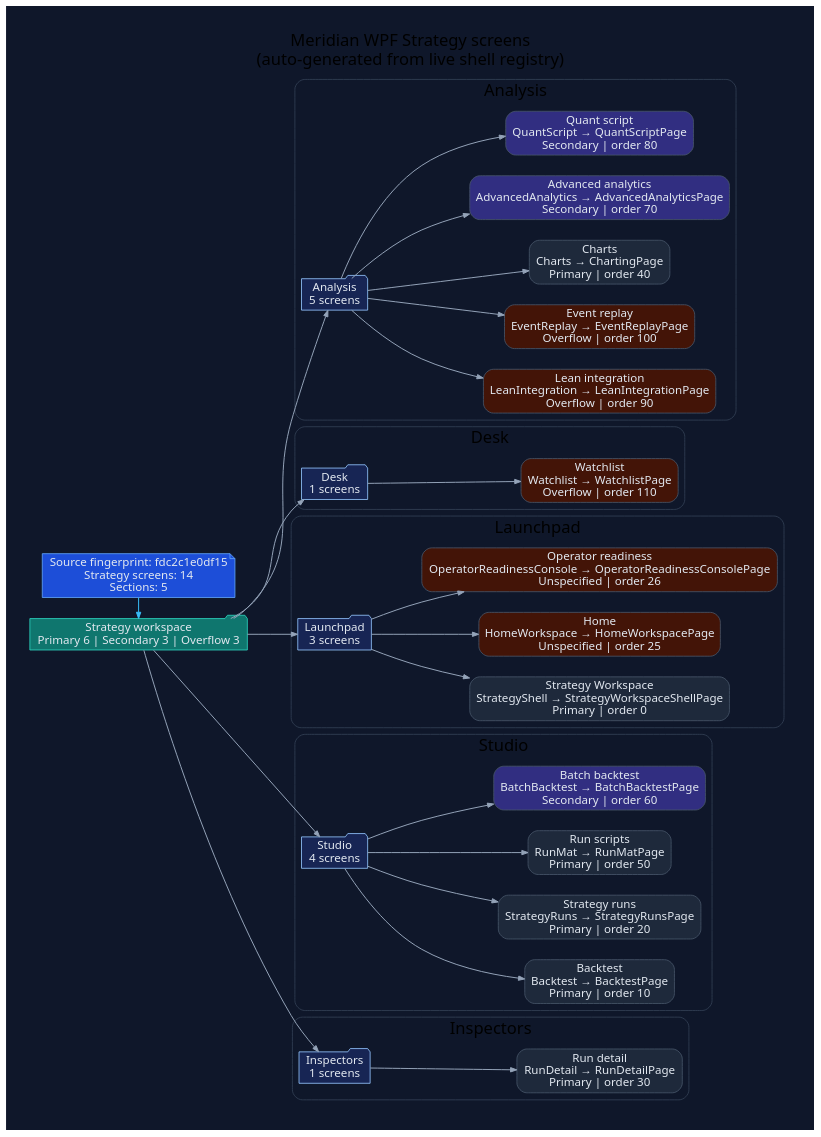
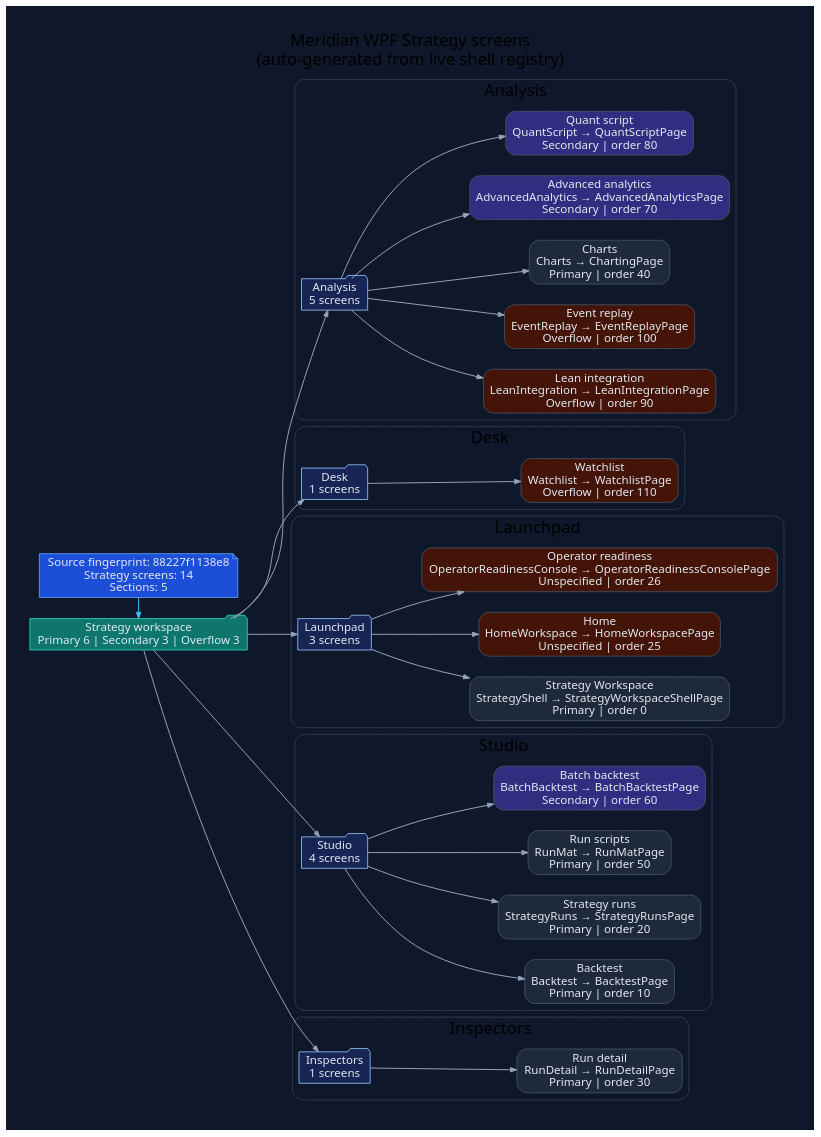
The diagram in docs/diagrams/ui-wpf-screens-strategy.dot (rodoHasArrived/Meridian-main), drawn with Graphviz before and after one commit. The commit also changed 22 other files, not shown here.

First line of the commit message:
docs: apply CI generated-repair patch for WPF UI diagrams and repository tree

```diff
--- a/docs/diagrams/ui-wpf-screens-strategy.dot
+++ b/docs/diagrams/ui-wpf-screens-strategy.dot
@@ -1,94 +1,94 @@
 // -----------------------------------------------------------------------------
 // <auto-generated>
 // Generated by scripts/generate-diagrams.mjs.
 // Do not edit this file directly; update the WPF source files instead.
 // -----------------------------------------------------------------------------
 digraph WpfStrategyScreens {
   graph [
     rankdir=LR,
     labelloc=t,
     label="Meridian WPF Strategy screens\n(auto-generated from live shell registry)",
     fontname="Segoe UI",
     fontsize=20,
     pad=0.4,
     nodesep=0.35,
     ranksep=0.85,
     bgcolor="#0f172a"
   ];
   node [fontname="Segoe UI", shape=box, style="rounded,filled", color="#475569", fontcolor="#e2e8f0", fillcolor="#1e293b"];
   edge [fontname="Segoe UI", color="#94a3b8", penwidth=1.2, arrowsize=0.75];
 
-  generated [shape=note, fillcolor="#1d4ed8", color="#60a5fa", label="Source fingerprint: fdc2c1e0df15\nStrategy screens: 14\nSections: 5"];
+  generated [shape=note, fillcolor="#1d4ed8", color="#60a5fa", label="Source fingerprint: 88227f1138e8\nStrategy screens: 14\nSections: 5"];
   workspace [shape=folder, fillcolor="#0f766e", color="#2dd4bf", label="Strategy workspace\nPrimary 6 | Secondary 3 | Overflow 3"];
   generated -> workspace [color="#38bdf8"];
 
   subgraph cluster_section_1 {
     label="Analysis";
     color="#334155";
     style="rounded";
     section_1 [shape=folder, fillcolor="#172554", color="#93c5fd", label="Analysis\n5 screens"];
     workspace -> section_1;
     screen_LeanIntegration [fillcolor="#431407", label="Lean integration\nLeanIntegration → LeanIntegrationPage\nOverflow | order 90"];
     section_1 -> screen_LeanIntegration;
     screen_EventReplay [fillcolor="#431407", label="Event replay\nEventReplay → EventReplayPage\nOverflow | order 100"];
     section_1 -> screen_EventReplay;
     screen_Charts [fillcolor="#1e293b", label="Charts\nCharts → ChartingPage\nPrimary | order 40"];
     section_1 -> screen_Charts;
     screen_AdvancedAnalytics [fillcolor="#312e81", label="Advanced analytics\nAdvancedAnalytics → AdvancedAnalyticsPage\nSecondary | order 70"];
     section_1 -> screen_AdvancedAnalytics;
     screen_QuantScript [fillcolor="#312e81", label="Quant script\nQuantScript → QuantScriptPage\nSecondary | order 80"];
     section_1 -> screen_QuantScript;
   }
 
   subgraph cluster_section_2 {
     label="Desk";
     color="#334155";
     style="rounded";
     section_2 [shape=folder, fillcolor="#172554", color="#93c5fd", label="Desk\n1 screens"];
     workspace -> section_2;
     screen_Watchlist [fillcolor="#431407", label="Watchlist\nWatchlist → WatchlistPage\nOverflow | order 110"];
     section_2 -> screen_Watchlist;
   }
 
   subgraph cluster_section_3 {
     label="Launchpad";
     color="#334155";
     style="rounded";
     section_3 [shape=folder, fillcolor="#172554", color="#93c5fd", label="Launchpad\n3 screens"];
     workspace -> section_3;
     screen_StrategyShell [fillcolor="#1e293b", label="Strategy Workspace\nStrategyShell → StrategyWorkspaceShellPage\nPrimary | order 0"];
     section_3 -> screen_StrategyShell;
     screen_HomeWorkspace [fillcolor="#431407", label="Home\nHomeWorkspace → HomeWorkspacePage\nUnspecified | order 25"];
     section_3 -> screen_HomeWorkspace;
     screen_OperatorReadinessConsole [fillcolor="#431407", label="Operator readiness\nOperatorReadinessConsole → OperatorReadinessConsolePage\nUnspecified | order 26"];
     section_3 -> screen_OperatorReadinessConsole;
   }
 
   subgraph cluster_section_4 {
     label="Studio";
     color="#334155";
     style="rounded";
     section_4 [shape=folder, fillcolor="#172554", color="#93c5fd", label="Studio\n4 screens"];
     workspace -> section_4;
     screen_Backtest [fillcolor="#1e293b", label="Backtest\nBacktest → BacktestPage\nPrimary | order 10"];
     section_4 -> screen_Backtest;
     screen_StrategyRuns [fillcolor="#1e293b", label="Strategy runs\nStrategyRuns → StrategyRunsPage\nPrimary | order 20"];
     section_4 -> screen_StrategyRuns;
     screen_RunMat [fillcolor="#1e293b", label="Run scripts\nRunMat → RunMatPage\nPrimary | order 50"];
     section_4 -> screen_RunMat;
     screen_BatchBacktest [fillcolor="#312e81", label="Batch backtest\nBatchBacktest → BatchBacktestPage\nSecondary | order 60"];
     section_4 -> screen_BatchBacktest;
   }
 
   subgraph cluster_section_5 {
     label="Inspectors";
     color="#334155";
     style="rounded";
     section_5 [shape=folder, fillcolor="#172554", color="#93c5fd", label="Inspectors\n1 screens"];
     workspace -> section_5;
     screen_RunDetail [fillcolor="#1e293b", label="Run detail\nRunDetail → RunDetailPage\nPrimary | order 30"];
     section_5 -> screen_RunDetail;
   }
 
   { rank=min; generated; workspace; }
 }
```
